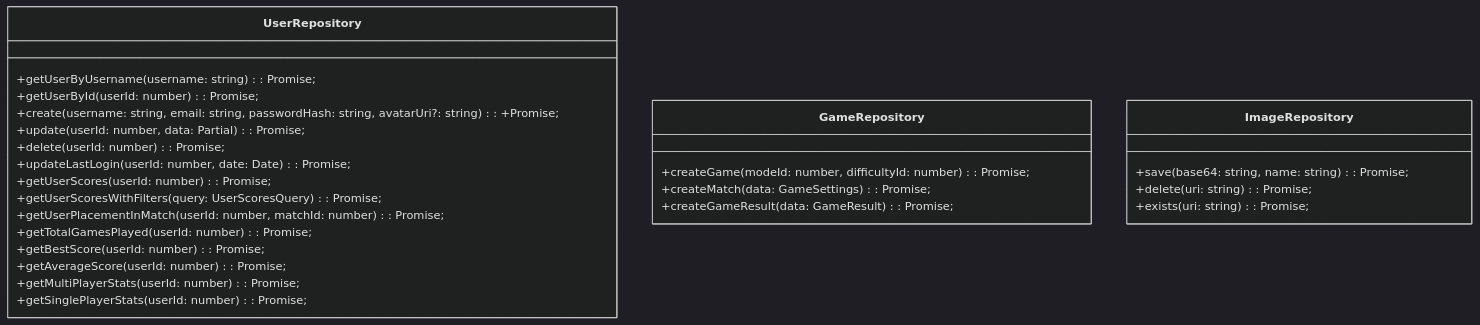
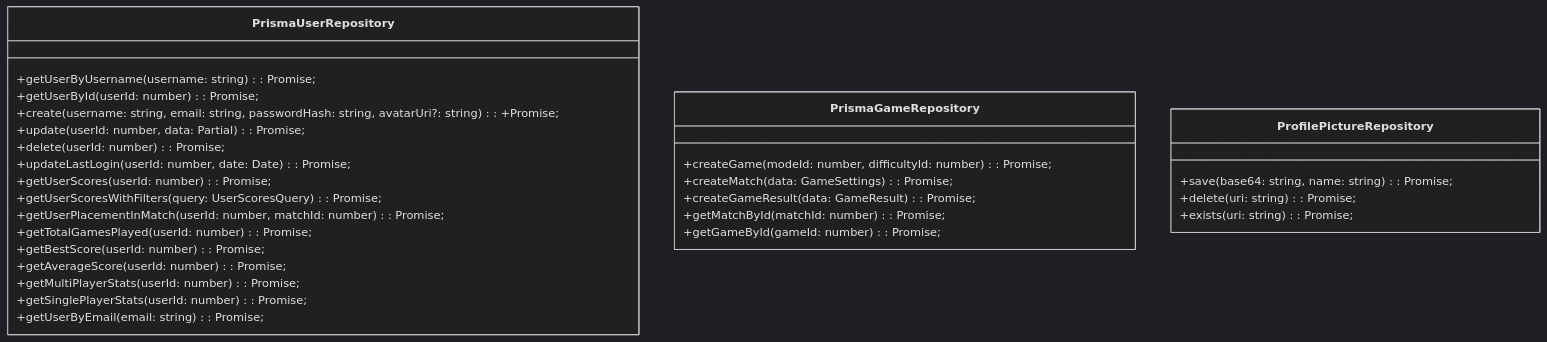
One commit to GitDevla/infinite-simon changed the fourth of 6 diagrams in docs/system-design.md. Above: the diagram before and after it, drawn with Mermaid (dark theme). The commit also changed other lines of this file and 2 other files, not shown here.

````diff
--- a/docs/system-design.md
+++ b/docs/system-design.md
@@ -186,31 +187,34 @@
 ```mermaid
 classDiagram
-    class UserRepository {
+    class PrismaUserRepository {
         +getUserByUsername(username: string): Promise<User | null>;
         +getUserById(userId: number): Promise<User | null>;
         +create(username: string, email: string, passwordHash: string, avatarUri?: string): +Promise<User>;
         +update(userId: number, data: Partial<User>): Promise<User>;
         +delete(userId: number): Promise<void>;
         +updateLastLogin(userId: number, date: Date): Promise<User>;
         +getUserScores(userId: number): Promise<any[]>;
         +getUserScoresWithFilters(query: UserScoresQuery): Promise<UserScores[]>;
         +getUserPlacementInMatch(userId: number, matchId: number): Promise<UserPlacement>;
         +getTotalGamesPlayed(userId: number): Promise<number>;
         +getBestScore(userId: number): Promise<number | null>;
         +getAverageScore(userId: number): Promise<number | null>;
         +getMultiPlayerStats(userId: number): Promise<number>;
         +getSinglePlayerStats(userId: number): Promise<number>;
+        +getUserByEmail(email: string): Promise<User | null>;
     }
 
-    class GameRepository {
+    class PrismaGameRepository {
         +createGame(modeId: number, difficultyId: number): Promise<Game>;
         +createMatch(data: GameSettings): Promise<Match>;
         +createGameResult(data: GameResult): Promise<any>;
+        +getMatchById(matchId: number): Promise<Match | null>;
+        +getGameById(gameId: number): Promise<Game | null>;
     }
 
-    class ImageRepository {
+    class ProfilePictureRepository {
         +save(base64: string, name: string): Promise<string>;
         +delete(uri: string): Promise<void>;
         +exists(uri: string): Promise<boolean>;
     }
 ```
````
